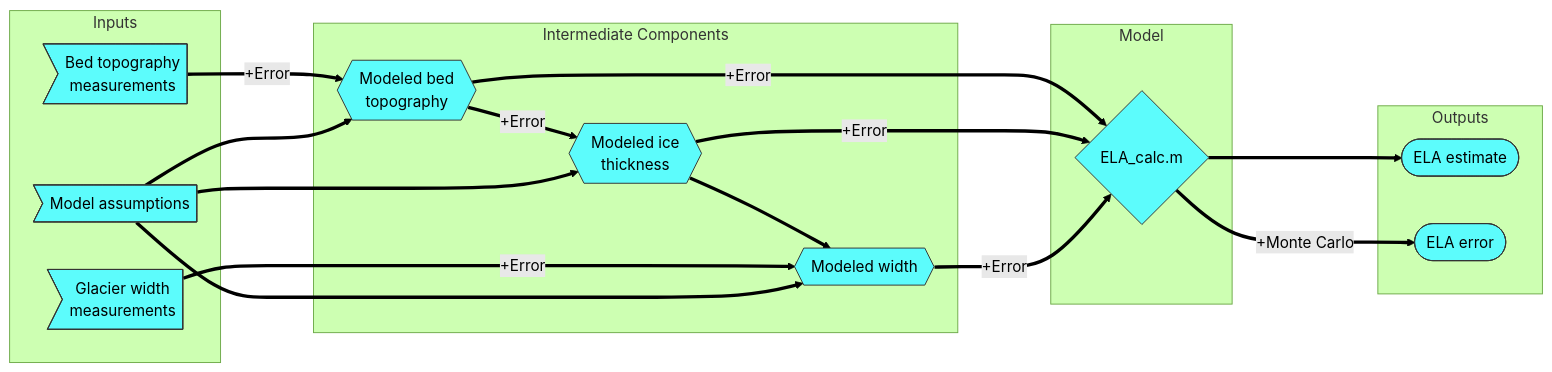
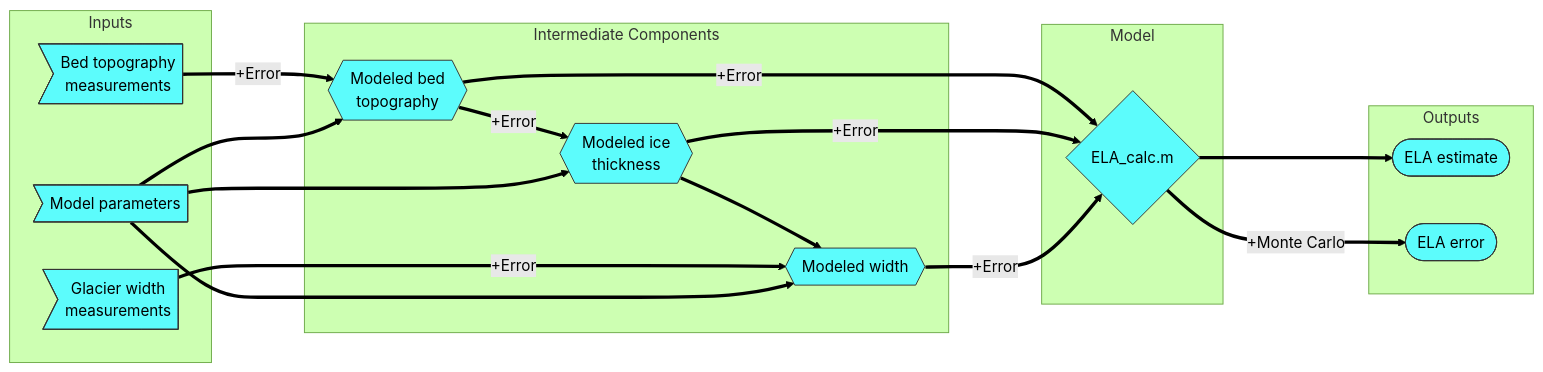
One commit to durbank/ELA-model changed the first of 2 diagrams in Docs/Figures/mermaid-figs.md. Above: the diagram before and after it, drawn with Mermaid (forest theme). The commit also changed 1 other file, not shown here.

Commit message:
Additional edits (and notes to still edit)

````diff
--- a/Docs/Figures/mermaid-figs.md
+++ b/Docs/Figures/mermaid-figs.md
@@ -8,34 +8,34 @@
 ```mermaid
 graph LR
     subgraph Inputs
         a1>Bed topography <br>measurements]
         a2>Glacier width <br>measurements]
-        a3>Model assumptions]
+        a3>Model parameters]
     end
     subgraph Intermediate Components
         b1{{Modeled bed <br>topography}}
         b2{{Modeled ice <br>thickness}}
         b3{{Modeled width}}
     end
     subgraph Model
         c{ELA_calc.m}
     end
     subgraph Outputs
         d1([ELA estimate])
         d2([ELA error])
     end
     a1 ==>|+Error| b1
     a3 ==> b1
     b1 ==>|+Error| b2
     a3 ==> b2
     b2 ==> b3
     a2 ==>|+Error| b3
     a3 ==> b3
     b1 ==>|+Error| c
     b2 ==>|+Error| c
     b3 ==>|+Error| c
     c ==> d1
     c ==>|+Monte Carlo| d2
 
 classDef default fill:#5cfcfc,stroke:#333,stroke-width:1px
 ```
````
